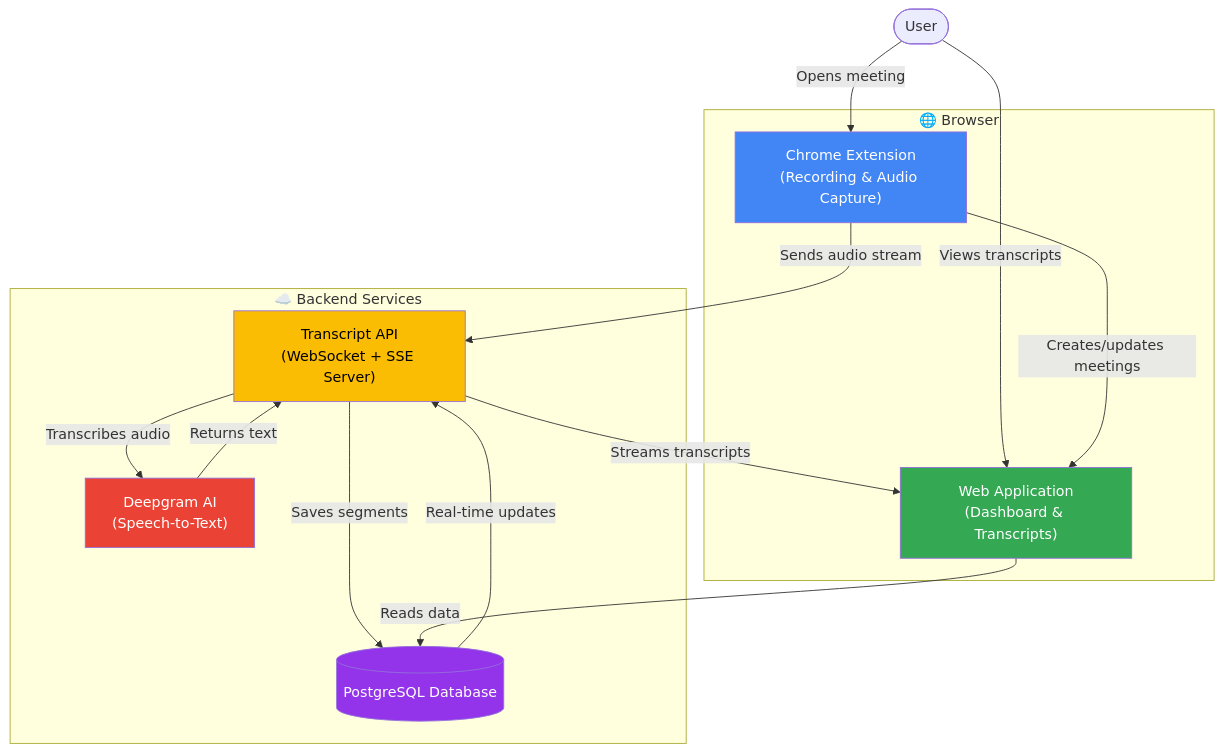
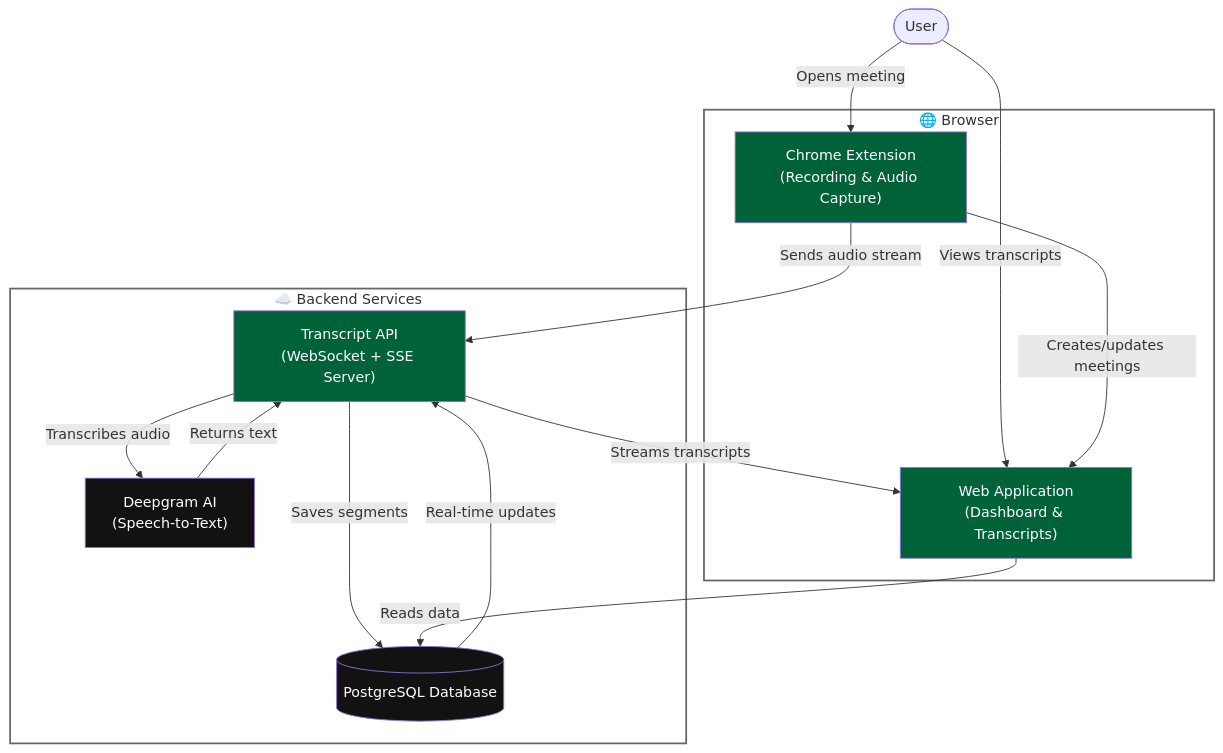
The diagram in README.md (sgupta005/ConvoFlow), drawn with Mermaid before and after one commit. The commit also changed other lines of this file, not shown here.

````diff
--- a/README.md
+++ b/README.md
@@ -58,36 +58,39 @@
 ```mermaid
 graph TB
     User([User])
     
     subgraph Browser["🌐 Browser"]
         Extension["Chrome Extension<br/>(Recording & Audio Capture)"]
         WebApp["Web Application<br/>(Dashboard & Transcripts)"]
     end
     
     subgraph Backend["☁️ Backend Services"]
         TranscriptAPI["Transcript API<br/>(WebSocket + SSE Server)"]
         Deepgram["Deepgram AI<br/>(Speech-to-Text)"]
         Database[(PostgreSQL Database)]
     end
     
     User -->|Opens meeting| Extension
     User -->|Views transcripts| WebApp
     
     Extension -->|Sends audio stream| TranscriptAPI
     Extension -->|Creates/updates meetings| WebApp
     
     TranscriptAPI -->|Transcribes audio| Deepgram
     Deepgram -->|Returns text| TranscriptAPI
     TranscriptAPI -->|Saves segments| Database
     
     Database -->|Real-time updates| TranscriptAPI
     TranscriptAPI -->|Streams transcripts| WebApp
     
     WebApp -->|Reads data| Database
     
-    style Extension fill:#4285f4,color:#fff
-    style WebApp fill:#34a853,color:#fff
-    style TranscriptAPI fill:#fbbc04,color:#000
-    style Deepgram fill:#ea4335,color:#fff
-    style Database fill:#9333ea,color:#fff
+    style Browser fill:none,stroke:#666,stroke-width:2px
+    style Backend fill:none,stroke:#666,stroke-width:2px
+    
+    style Extension fill:#006239,color:#fff
+    style WebApp fill:#006239,color:#fff
+    style TranscriptAPI fill:#006239,color:#fff
+    style Deepgram fill:#121212,color:#fff
+    style Database fill:#121212,color:#fff
 ```
````
